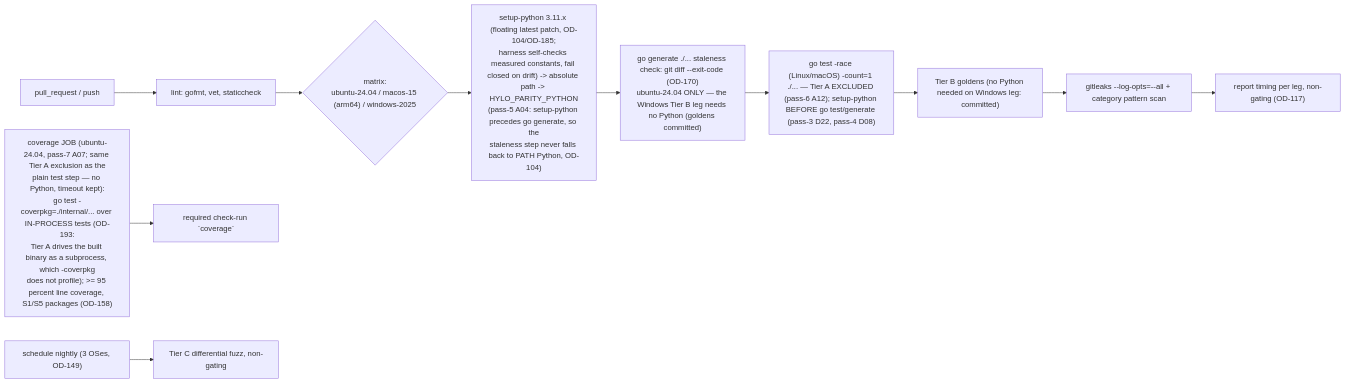
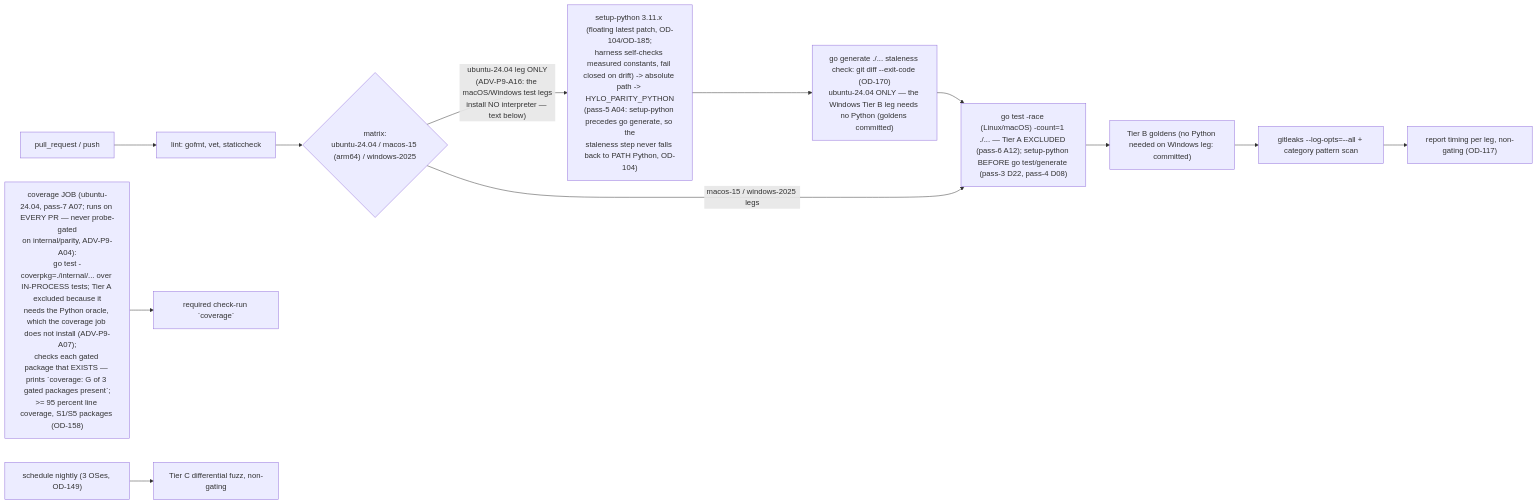
One commit to drbothen/hylo changed the diagram in specs/architecture/ARCH-08-build-ci-release.md. Above: the diagram before and after it, drawn with Mermaid. The commit also changed other lines of this file and 108 other files, not shown here.

````diff
--- a/specs/architecture/ARCH-08-build-ci-release.md
+++ b/specs/architecture/ARCH-08-build-ci-release.md
@@ -38,13 +44,14 @@
 ```mermaid
 flowchart LR
     PR["pull_request / push"] --> L["lint: gofmt, vet, staticcheck"]
     L --> M{"matrix:<br/>ubuntu-24.04 / macos-15 (arm64) / windows-2025"}
-    M --> PY["setup-python 3.11.x (floating latest patch, OD-104/OD-185;<br/>harness self-checks measured constants, fail closed on drift) -> absolute path -> HYLO_PARITY_PYTHON<br/>(pass-5 A04: setup-python precedes go generate, so the<br/>staleness step never falls back to PATH Python, OD-104)"]
+    M -->|"ubuntu-24.04 leg ONLY<br/>(ADV-P9-A16: the macOS/Windows test legs<br/>install NO interpreter — text below)"| PY["setup-python 3.11.x (floating latest patch, OD-104/OD-185;<br/>harness self-checks measured constants, fail closed on drift) -> absolute path -> HYLO_PARITY_PYTHON<br/>(pass-5 A04: setup-python precedes go generate, so the<br/>staleness step never falls back to PATH Python, OD-104)"]
     PY --> GEN["go generate ./... staleness check: git diff --exit-code (OD-170)<br/>ubuntu-24.04 ONLY — the Windows Tier B leg needs no Python (goldens committed)"]
     GEN --> T["go test -race (Linux/macOS) -count=1 ./... — Tier A EXCLUDED (pass-6 A12); setup-python BEFORE go test/generate (pass-3 D22, pass-4 D08)"]
+    M -->|"macos-15 / windows-2025 legs"| T
     T --> TB["Tier B goldens (no Python needed on Windows leg: committed)"]
     TB --> HL["gitleaks --log-opts=--all + category pattern scan"]
     HL --> J["report timing per leg, non-gating (OD-117)"]
-    COVJOB["coverage JOB (ubuntu-24.04, pass-7 A07; same Tier A exclusion as the<br/>plain test step — no Python, timeout kept):<br/>go test -coverpkg=./internal/... over IN-PROCESS tests (OD-193:<br/>Tier A drives the built binary as a subprocess, which -coverpkg<br/>does not profile); >= 95 percent line coverage, S1/S5 packages (OD-158)"] --> REQ["required check-run `coverage`"]
+    COVJOB["coverage JOB (ubuntu-24.04, pass-7 A07; runs on EVERY PR — never probe-gated<br/>on internal/parity, ADV-P9-A04):<br/>go test -coverpkg=./internal/... over IN-PROCESS tests; Tier A excluded because it<br/>needs the Python oracle, which the coverage job does not install (ADV-P9-A07);<br/>checks each gated package that EXISTS — prints `coverage: G of 3 gated packages present`;<br/>>= 95 percent line coverage, S1/S5 packages (OD-158)"] --> REQ["required check-run `coverage`"]
     Nightly["schedule nightly (3 OSes, OD-149)"] --> TC["Tier C differential fuzz, non-gating"]
 ```
````
